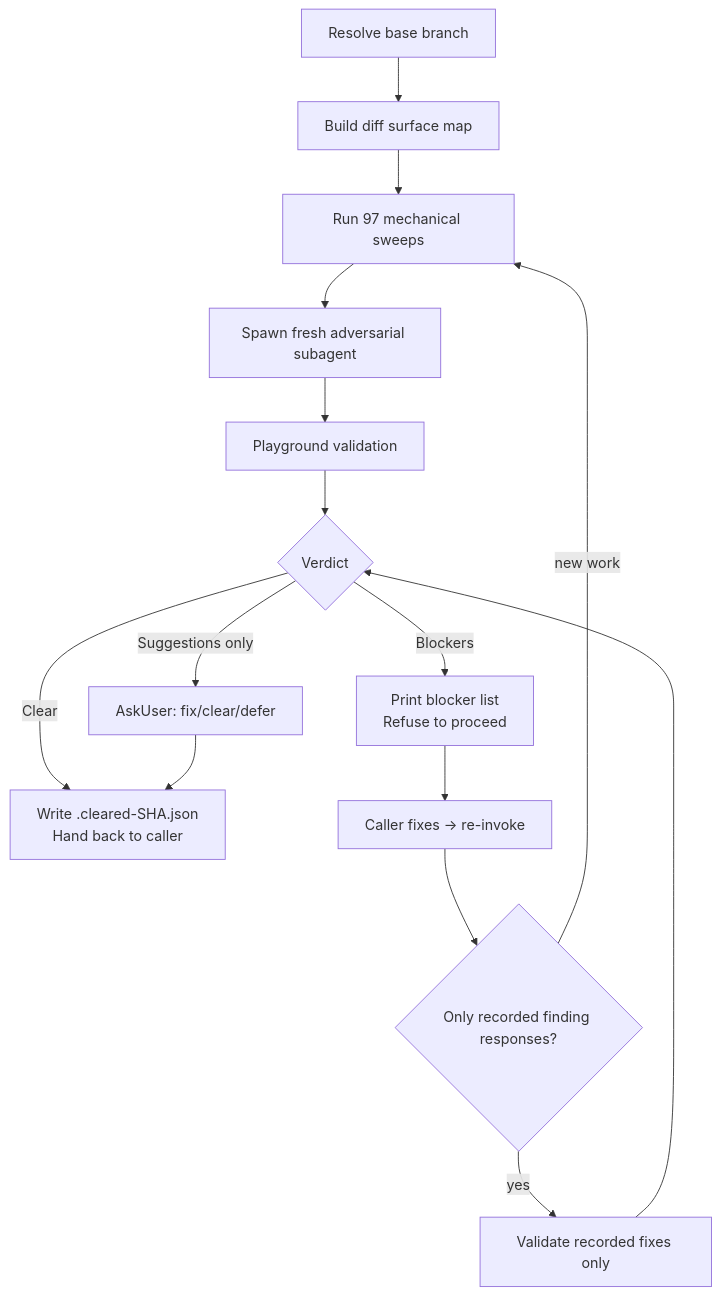
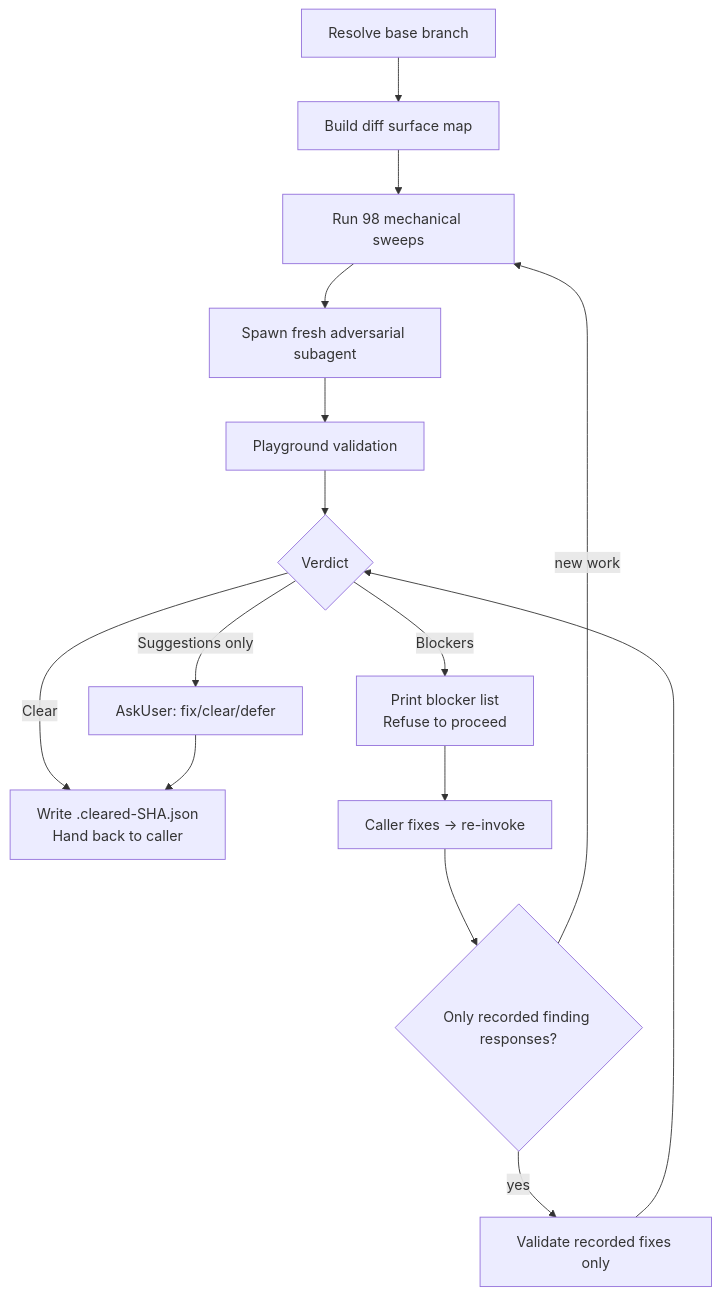
Before and after one commit to whizzzkid/skills: the diagram in skills/adversarial-review/README.md, drawn with Mermaid. The commit also changed other lines of this file and 3 other files, not shown here.

````diff
--- a/skills/adversarial-review/README.md
+++ b/skills/adversarial-review/README.md
@@ -16,17 +16,17 @@
 ```mermaid
 flowchart TD
     A[Resolve base branch] --> B[Build diff surface map]
-    B --> C[Run 97 mechanical sweeps]
+    B --> C[Run 98 mechanical sweeps]
     C --> D[Spawn fresh adversarial subagent]
     D --> E[Playground validation]
     E --> F{Verdict}
     F -->|Clear| G[Write .cleared-SHA.json<br/>Hand back to caller]
     F -->|Blockers| H[Print blocker list<br/>Refuse to proceed]
     F -->|Suggestions only| I[AskUser: fix/clear/defer]
     H --> J[Caller fixes → re-invoke]
     J --> K{Only recorded finding responses?}
     K -->|yes| V[Validate recorded fixes only]
     V --> F
     K -->|new work| C
     I --> G
 ```
````
